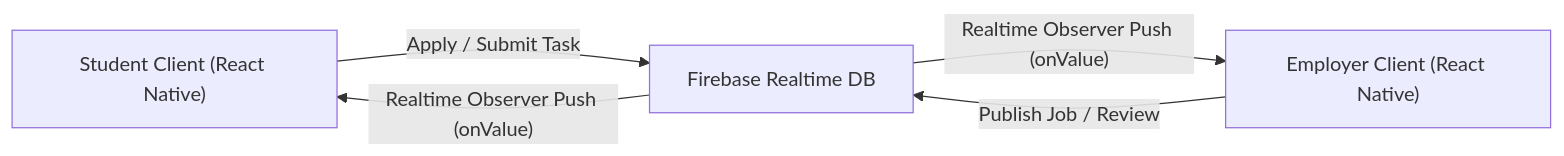
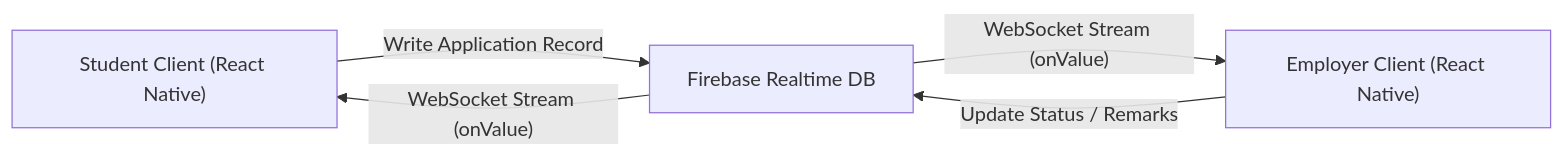
The diagram in README.md (Kush-Bhattacharya/internlink-app), drawn with Mermaid before and after one commit. The commit also changed other lines of this file, not shown here.

````diff
--- a/README.md
+++ b/README.md
@@ -62,7 +62,7 @@
 ```mermaid
 flowchart LR
-    A["Student Client (React Native)"] -->|"Apply / Submit Task"| B["Firebase Realtime DB"]
-    C["Employer Client (React Native)"] -->|"Publish Job / Review"| B
-    B -->|"Realtime Observer Push (onValue)"| A
-    B -->|"Realtime Observer Push (onValue)"| C
+    A["Student Client (React Native)"] -->|"Write Application Record"| B["Firebase Realtime DB"]
+    C["Employer Client (React Native)"] -->|"Update Status / Remarks"| B
+    B -->|"WebSocket Stream (onValue)"| A
+    B -->|"WebSocket Stream (onValue)"| C
 ```
````
